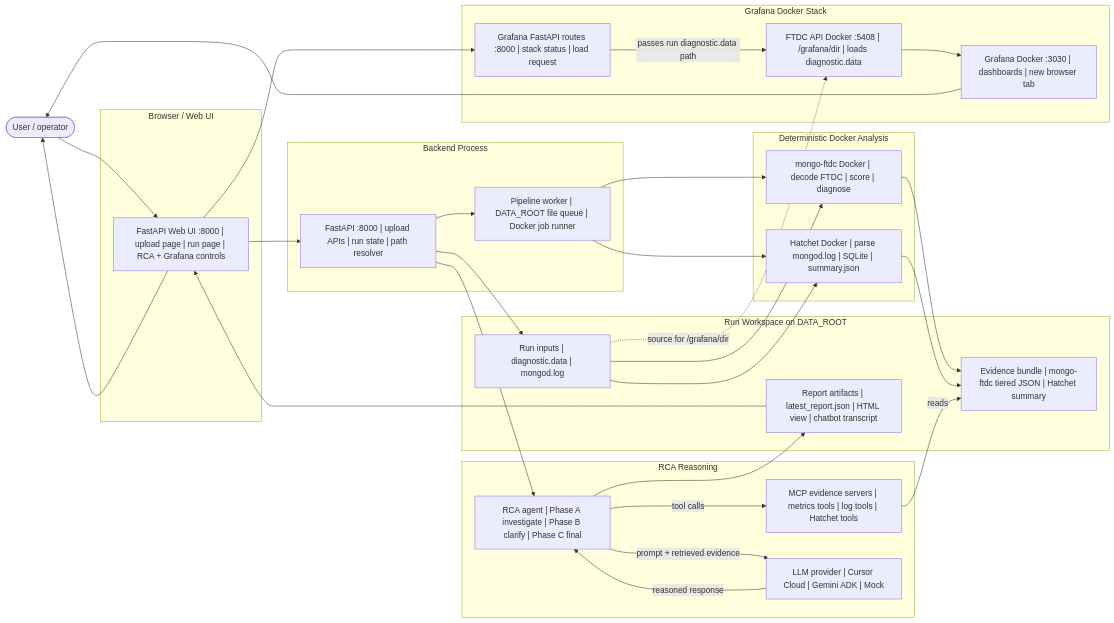
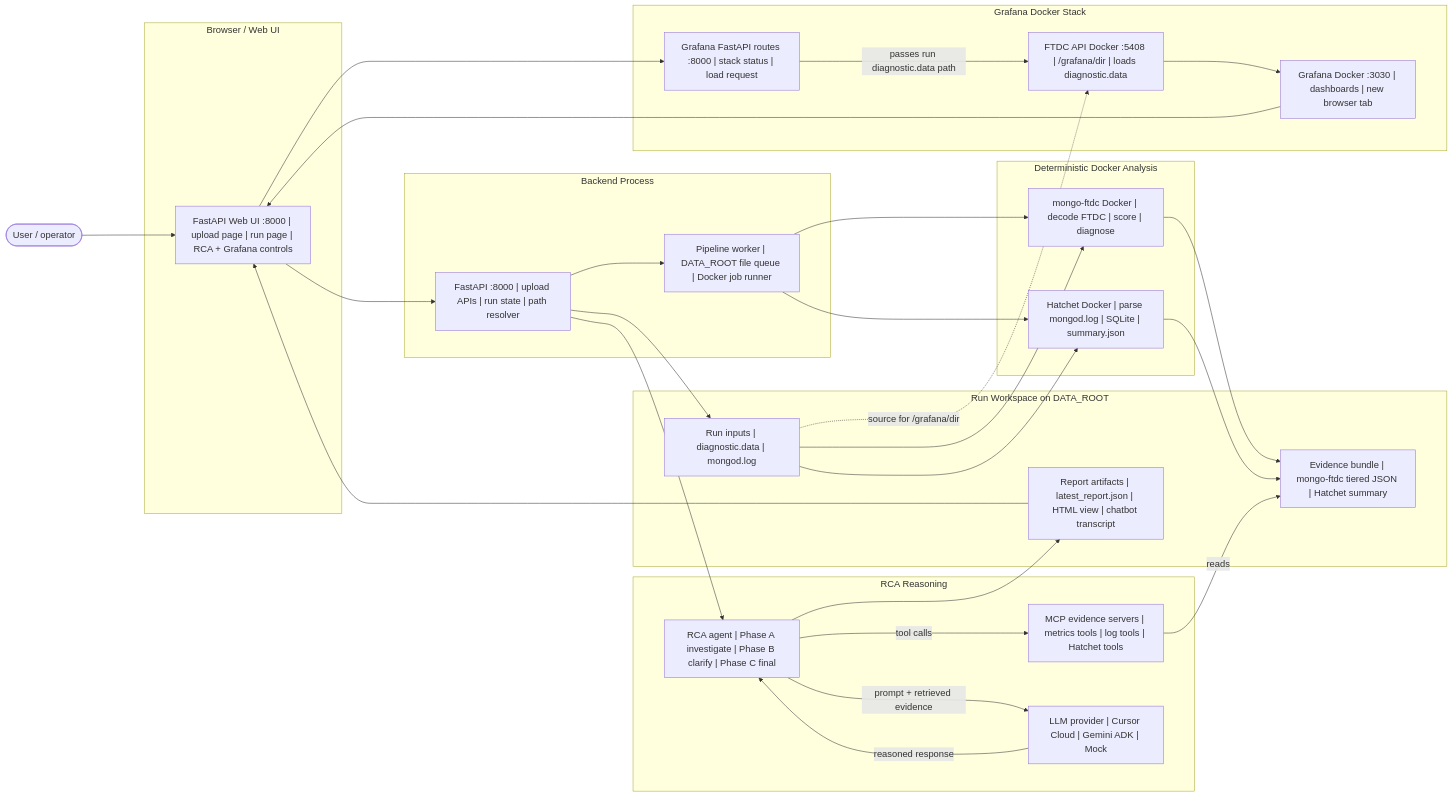
One commit to Prateek-Agarwal2006/Mongo-Debugger changed the second of 2 diagrams in README.md. Above: the diagram before and after it, drawn with Mermaid. The commit also changed other lines of this file and 2 other files, not shown here.

Commit message:
Refine mentor flow diagram output routing.
Make Mermaid renders larger and route report/chart outputs back through the UI instead of directly to the operator.

````diff
--- a/README.md
+++ b/README.md
@@ -157,56 +158,57 @@
 ```mermaid
+%%{init: {'flowchart': {'nodeSpacing': 85, 'rankSpacing': 120}, 'themeVariables': {'fontSize': '18px'}}}%%
 flowchart LR
   Operator(["User / operator"])
 
   subgraph ui [Browser / Web UI]
     Web["FastAPI Web UI :8000 | upload page | run page | RCA + Grafana controls"]
   end
 
   subgraph api [Backend Process]
     FastAPI["FastAPI :8000 | upload APIs | run state | path resolver"]
     Worker["Pipeline worker | DATA_ROOT file queue | Docker job runner"]
   end
 
   subgraph data [Run Workspace on DATA_ROOT]
     Inputs["Run inputs | diagnostic.data | mongod.log"]
     Evidence["Evidence bundle | mongo-ftdc tiered JSON | Hatchet summary"]
     Reports["Report artifacts | latest_report.json | HTML view | chatbot transcript"]
   end
 
   subgraph dockerAnalysis [Deterministic Docker Analysis]
     MongoFTDC["mongo-ftdc Docker | decode FTDC | score | diagnose"]
     Hatchet["Hatchet Docker | parse mongod.log | SQLite | summary.json"]
   end
 
   subgraph rca [RCA Reasoning]
     Agent["RCA agent | Phase A investigate | Phase B clarify | Phase C final"]
     MCP["MCP evidence servers | metrics tools | log tools | Hatchet tools"]
     LLM["LLM provider | Cursor Cloud | Gemini ADK | Mock"]
   end
 
   subgraph charts [Grafana Docker Stack]
     GrafanaSvc["Grafana FastAPI routes :8000 | stack status | load request"]
     FTDCAPI["FTDC API Docker :5408 | /grafana/dir | loads diagnostic.data"]
     Grafana["Grafana Docker :3030 | dashboards | new browser tab"]
   end
 
   Operator --> Web --> FastAPI
   FastAPI --> Inputs
   FastAPI --> Worker
   Worker --> MongoFTDC
   Worker --> Hatchet
   Inputs --> MongoFTDC --> Evidence
   Inputs --> Hatchet --> Evidence
 
   FastAPI --> Agent
   Agent -->|"tool calls"| MCP
   MCP -->|"reads"| Evidence
   Agent -->|"prompt + retrieved evidence"| LLM
   LLM -->|"reasoned response"| Agent
-  Agent --> Reports --> Web --> Operator
+  Agent --> Reports --> Web
 
   Web --> GrafanaSvc
   GrafanaSvc -->|"passes run diagnostic.data path"| FTDCAPI
   Inputs -.->|"source for /grafana/dir"| FTDCAPI
-  FTDCAPI --> Grafana --> Operator
+  FTDCAPI --> Grafana --> Web
 ```
````
